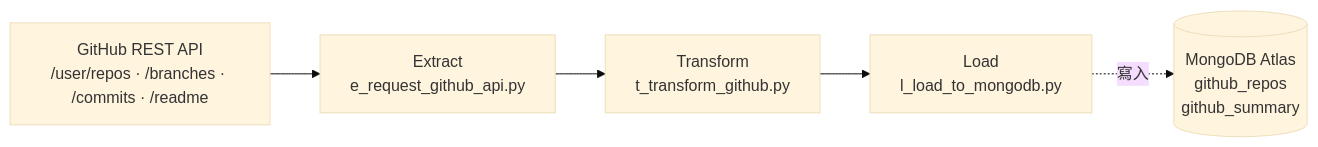
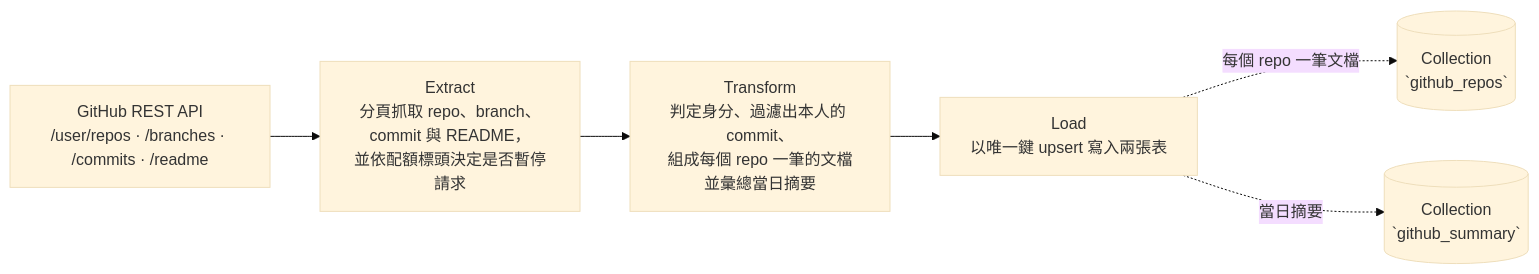
One commit to Jessie-Lin-810630/personnel_skill_library changed the diagram in task02_github_restapi_etl/README.md. Above: the diagram before and after it, drawn with Mermaid (base theme). The commit also changed other lines of this file and 8 other files, not shown here.

Commit message:
docs:revise task-level READMEs to align data flow and schema with implementation

````diff
--- a/task02_github_restapi_etl/README.md
+++ b/task02_github_restapi_etl/README.md
@@ -30,7 +32,8 @@
 ```mermaid
 flowchart LR
-    A[GitHub REST API<br/>/user/repos · /branches · /commits · /readme] --> B[Extract<br/>e_request_github_api.py]
-    B --> C[Transform<br/>t_transform_github.py]
-    C --> D[Load<br/>l_load_to_mongodb.py]
-    D -. 寫入 .-> E[(MongoDB Atlas<br/>github_repos<br/>github_summary)]
+    A[GitHub REST API<br/>/user/repos · /branches · /commits · /readme] --> B[Extract<br/>分頁抓取 repo、branch、commit 與 README，<br/>並依配額標頭決定是否暫停請求]
+    B --> C[Transform<br/>判定身分、過濾出本人的 commit、<br/>組成每個 repo 一筆的文檔並彙總當日摘要]
+    C --> D[Load<br/>以唯一鍵 upsert 寫入兩張表]
+    D -. 每個 repo 一筆文檔 .-> E[(Collection<br/>`github_repos`)]
+    D -. 當日摘要 .-> F[(Collection<br/>`github_summary`)]
 ```
````
